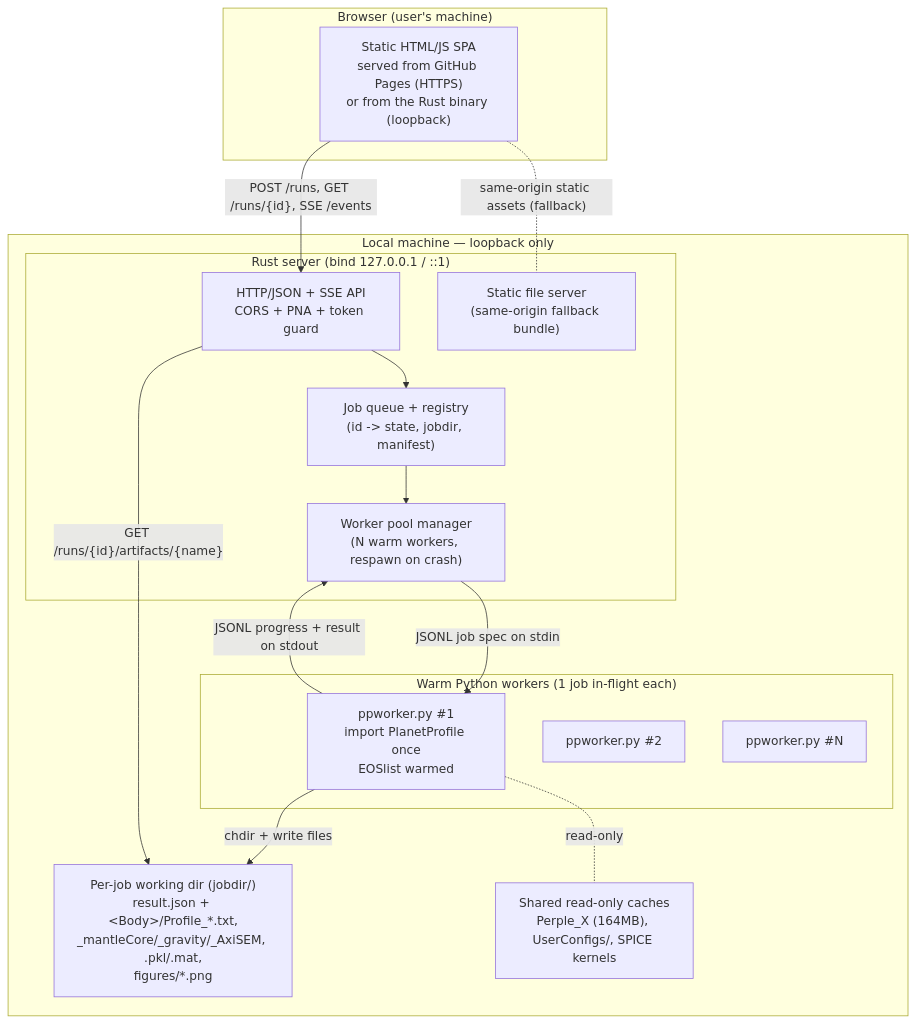
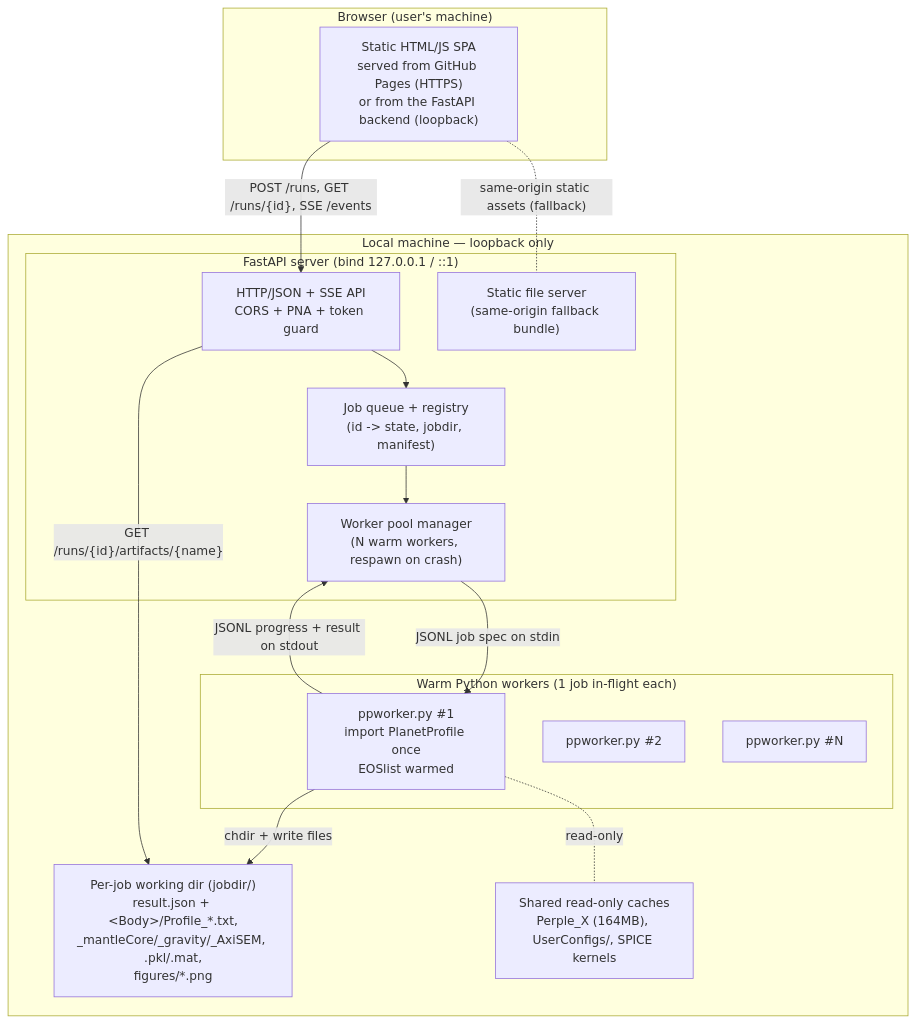
The second of 5 diagrams in docs/spec/MoonMelodies_Spec_and_Refactor.md (9LiveZZZ-Git/MoonMelodies), drawn with Mermaid before and after one commit. The commit also changed other lines of this file, not shown here.

First line of the commit message:
docs(spec): pivot backend from Rust to all-Python (FastAPI)

````diff
--- a/docs/spec/MoonMelodies_Spec_and_Refactor.md
+++ b/docs/spec/MoonMelodies_Spec_and_Refactor.md
@@ -481,33 +483,33 @@
 ```mermaid
 flowchart TB
   subgraph Browser["Browser (user's machine)"]
-    UI["Static HTML/JS SPA<br/>served from GitHub Pages (HTTPS)<br/>or from the Rust binary (loopback)"]
+    UI["Static HTML/JS SPA<br/>served from GitHub Pages (HTTPS)<br/>or from the FastAPI backend (loopback)"]
   end
 
   subgraph Host["Local machine — loopback only"]
-    subgraph Rust["Rust server  (bind 127.0.0.1 / ::1)"]
+    subgraph Backend["FastAPI server  (bind 127.0.0.1 / ::1)"]
       HTTP["HTTP/JSON + SSE API<br/>CORS + PNA + token guard"]
       Q["Job queue + registry<br/>(id -> state, jobdir, manifest)"]
       POOL["Worker pool manager<br/>(N warm workers, respawn on crash)"]
       STATIC["Static file server<br/>(same-origin fallback bundle)"]
     end
 
     subgraph Workers["Warm Python workers (1 job in-flight each)"]
       W1["ppworker.py #1<br/>import PlanetProfile once<br/>EOSlist warmed"]
       W2["ppworker.py #2"]
       WN["ppworker.py #N"]
     end
 
     JOBDIR["Per-job working dir (jobdir/)<br/>result.json + &lt;Body&gt;/Profile_*.txt,<br/>_mantleCore/_gravity/_AxiSEM, .pkl/.mat,<br/>figures/*.png"]
     CACHE["Shared read-only caches<br/>Perple_X (164MB), UserConfigs/, SPICE kernels"]
   end
 
   UI -- "POST /runs, GET /runs/{id}, SSE /events" --> HTTP
   HTTP --> Q --> POOL
   POOL -- "JSONL job spec on stdin" --> W1
   W1 -- "JSONL progress + result on stdout" --> POOL
   W1 -- "chdir + write files" --> JOBDIR
   W1 -. "read-only" .- CACHE
   HTTP -- "GET /runs/{id}/artifacts/{name}" --> JOBDIR
   UI -. "same-origin static assets (fallback)" .- STATIC
 ```
````
